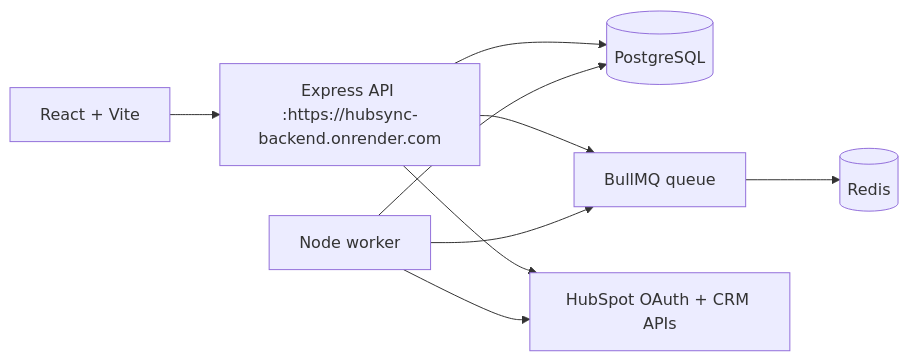
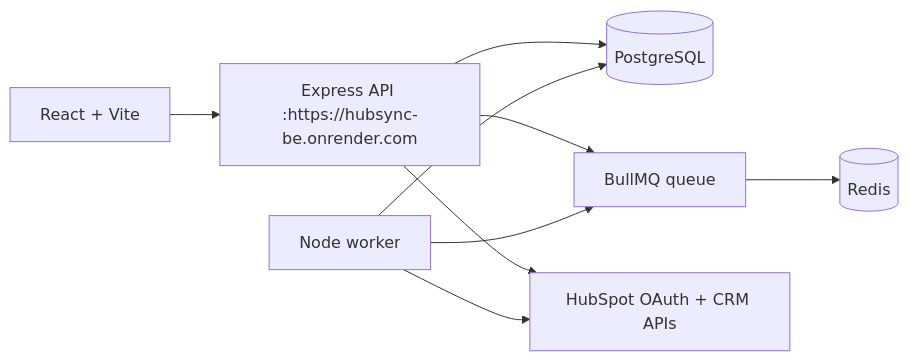
Before and after one commit to ANDEV-afk/hubsync: the first of 2 diagrams in ARCHITECTURE.md, drawn with Mermaid. The commit also changed other lines of this file and 5 other files, not shown here.

````diff
--- a/ARCHITECTURE.md
+++ b/ARCHITECTURE.md
@@ -9,19 +9,19 @@
 ```mermaid
 flowchart LR
     Browser[React + Vite]
-    API[Express API :https://hubsync-backend.onrender.com]
+    API[Express API :https://hubsync-be.onrender.com]
     DB[(PostgreSQL)]
     Redis[(Redis)]
     Queue[BullMQ queue]
     Worker[Node worker]
     HubSpot[HubSpot OAuth + CRM APIs]
 
     Browser --> API
     API --> DB
     API --> Queue
     Queue --> Redis
     Worker --> Queue
     Worker --> DB
     API --> HubSpot
     Worker --> HubSpot
 ```
````
